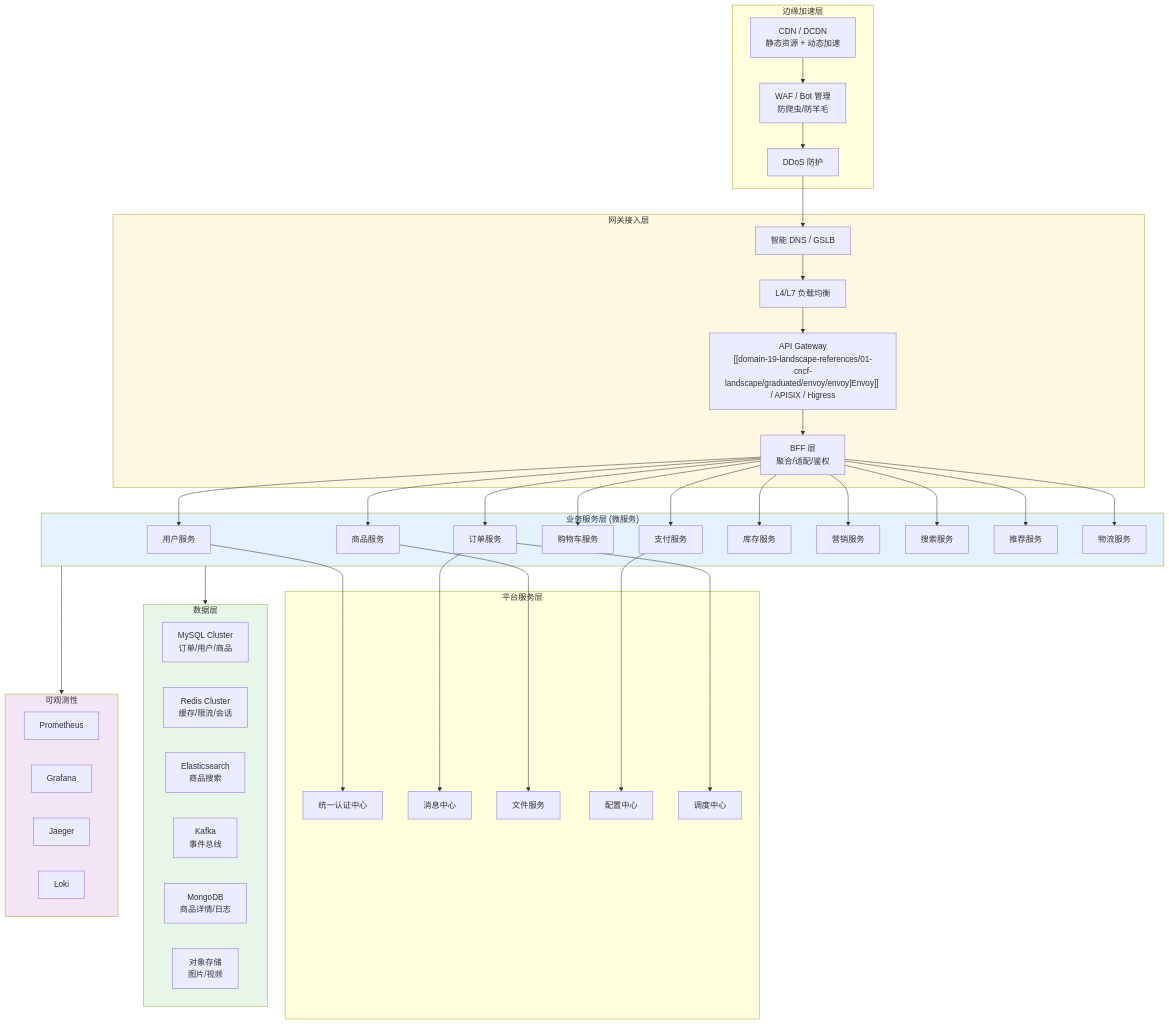
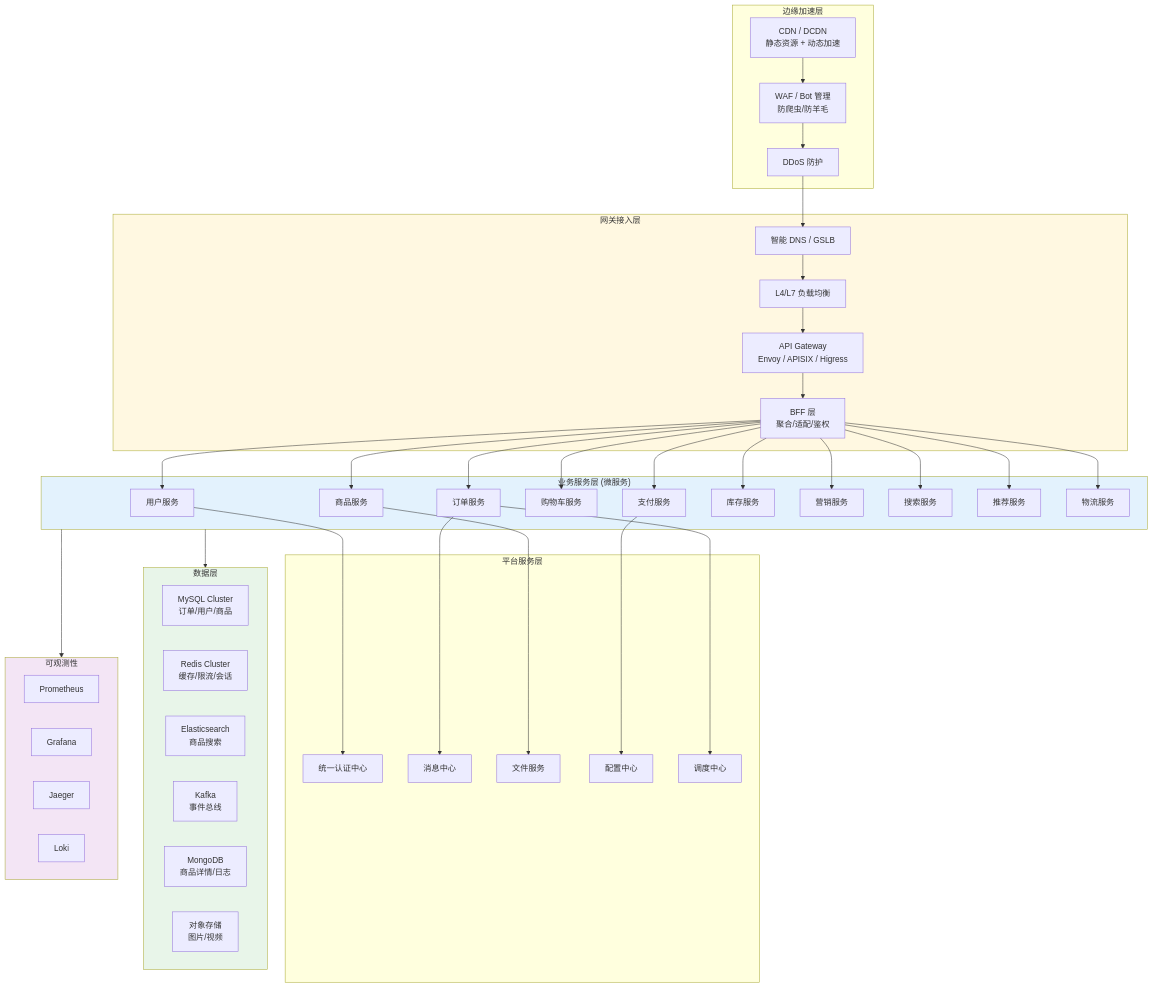
The first of 12 diagrams in domain-20-application-patterns/topic-application-architecture/01-ecommerce-architecture.md (kudig-io/kudig-database), drawn with Mermaid before and after one commit. The commit also changed other lines of this file and 5906 other files, not shown here.

````diff
--- a/domain-20-application-patterns/topic-application-architecture/01-ecommerce-architecture.md
+++ b/domain-20-application-patterns/topic-application-architecture/01-ecommerce-architecture.md
@@ -90,66 +132,66 @@
 ```mermaid
 flowchart TB
     subgraph Edge["边缘加速层"]
         CDN["CDN / DCDN<br/>静态资源 + 动态加速"]
         WAF["WAF / Bot 管理<br/>防爬虫/防羊毛"]
         DDoS["DDoS 防护"]
     end
 
     subgraph Gateway["网关接入层"]
         DNS["智能 DNS / GSLB"]
         LB["L4/L7 负载均衡"]
-        API_GW["API Gateway<br/>[[domain-19-landscape-references/01-cncf-landscape/graduated/envoy/envoy|Envoy]] / APISIX / Higress"]
+        API_GW["API Gateway<br/>Envoy / APISIX / Higress"]
         BFF["BFF 层<br/>聚合/适配/鉴权"]
     end
 
     subgraph Biz["业务服务层 (微服务)"]
         USER["用户服务"]
         PRODUCT["商品服务"]
         ORDER["订单服务"]
         CART["购物车服务"]
         PAYMENT["支付服务"]
         INVENTORY["库存服务"]
         PROMO["营销服务"]
         SEARCH["搜索服务"]
         RECOMMEND["推荐服务"]
         LOGISTICS["物流服务"]
     end
 
     subgraph Platform["平台服务层"]
         AUTH["统一认证中心"]
         MSG["消息中心"]
         FILE["文件服务"]
         CONFIG["配置中心"]
         SCHEDULE["调度中心"]
     end
 
     subgraph Data["数据层"]
         MYSQL["MySQL Cluster<br/>订单/用户/商品"]
         REDIS["Redis Cluster<br/>缓存/限流/会话"]
         ES["Elasticsearch<br/>商品搜索"]
         KAFKA["Kafka<br/>事件总线"]
         MONGO["MongoDB<br/>商品详情/日志"]
         OSS["对象存储<br/>图片/视频"]
     end
 
     subgraph Observability["可观测性"]
         PROM["Prometheus"]
         GRAF["Grafana"]
         JAEG["Jaeger"]
         LOKI["Loki"]
     end
 
     CDN --> WAF --> DDoS --> DNS --> LB --> API_GW --> BFF
     BFF --> USER & PRODUCT & ORDER & CART & PAYMENT & INVENTORY & PROMO & SEARCH & RECOMMEND & LOGISTICS
     USER --> AUTH
     ORDER --> MSG & SCHEDULE
     PRODUCT --> FILE
     PAYMENT --> CONFIG
     Biz --> Data
     Biz --> Observability
 
     style Biz fill:#e3f2fd
     style Data fill:#e8f5e9
     style Gateway fill:#fff8e1
     style Observability fill:#f3e5f5
 ```
````
